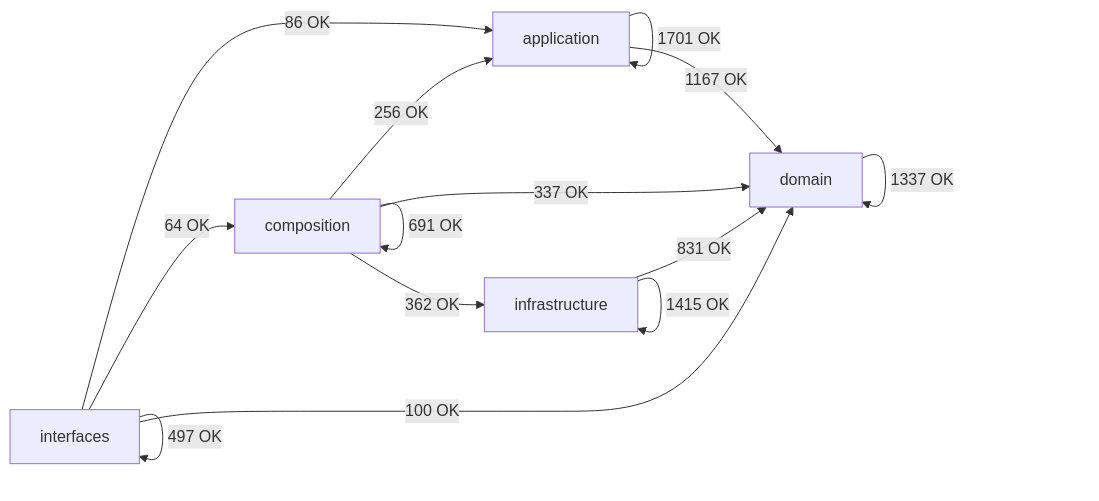
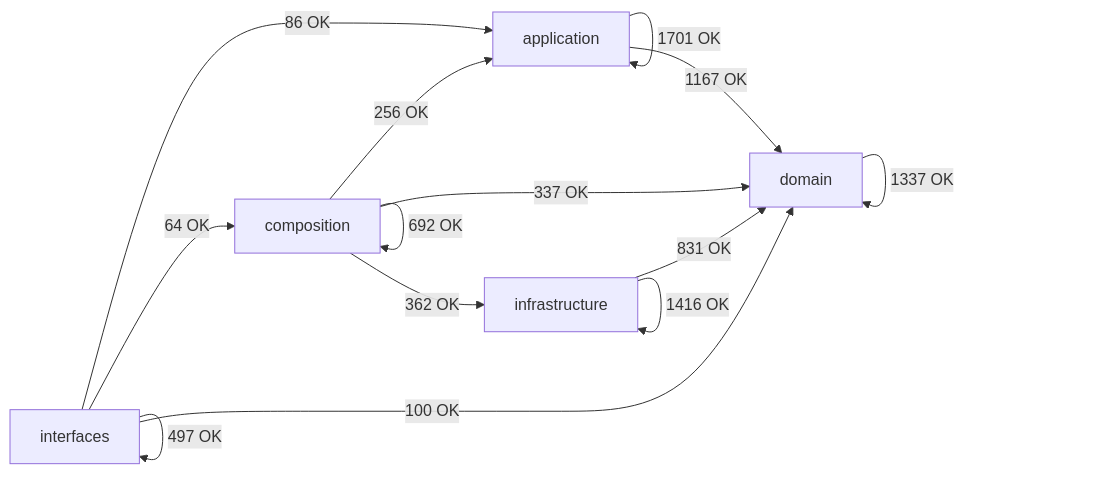
Before and after one commit to SatoryKono/BioactivityDataAcquisition: the diagram in docs/02-architecture/generated/module-dependency-map.md, drawn with Mermaid. The commit also changed other lines of this file and 11 other files, not shown here.

````diff
--- a/docs/02-architecture/generated/module-dependency-map.md
+++ b/docs/02-architecture/generated/module-dependency-map.md
@@ -17,21 +17,21 @@
 ```mermaid
 flowchart LR
     domain[domain]
     application[application]
     infrastructure[infrastructure]
     composition[composition]
     interfaces[interfaces]
     application -->|1701 OK| application
     application -->|1167 OK| domain
     composition -->|256 OK| application
-    composition -->|691 OK| composition
+    composition -->|692 OK| composition
     composition -->|337 OK| domain
     composition -->|362 OK| infrastructure
     domain -->|1337 OK| domain
     infrastructure -->|831 OK| domain
-    infrastructure -->|1415 OK| infrastructure
+    infrastructure -->|1416 OK| infrastructure
     interfaces -->|86 OK| application
     interfaces -->|64 OK| composition
     interfaces -->|100 OK| domain
     interfaces -->|497 OK| interfaces
 ```
````
